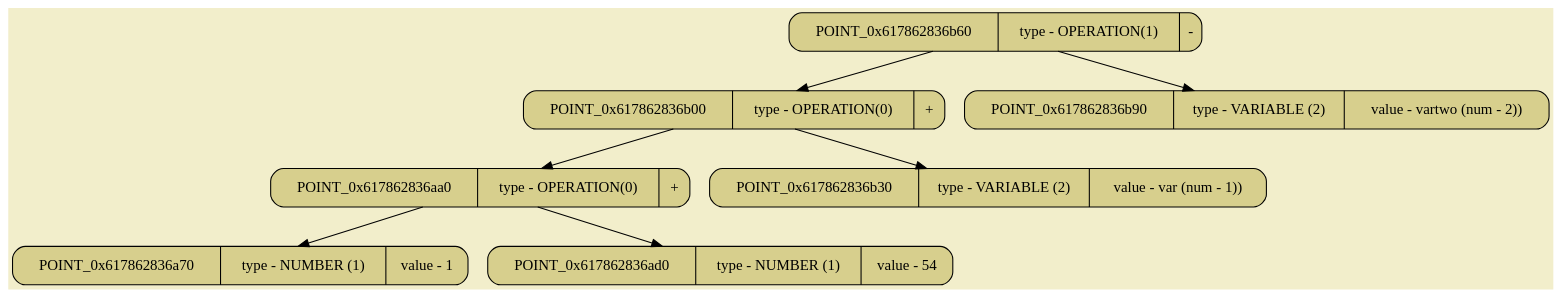
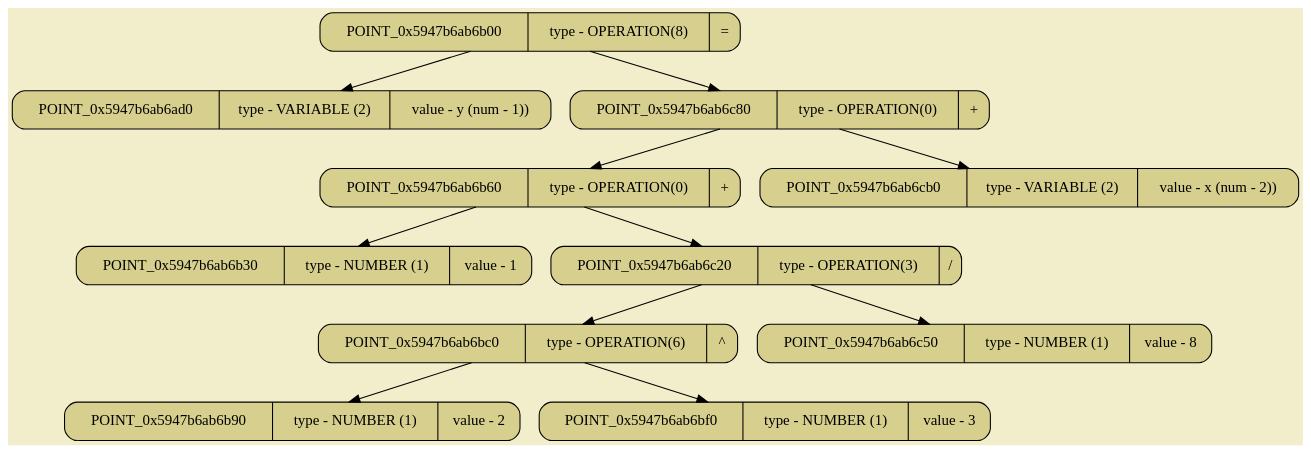
Before and after one commit to SashaKhaytina/Language: the diagram in all_dumps/pictures/image01.dot, drawn with Graphviz. The commit also changed 18 other files, not shown here.

```diff
--- a/all_dumps/pictures/image01.dot
+++ b/all_dumps/pictures/image01.dot
@@ -1,18 +1,26 @@
 digraph
 {
 bgcolor="#F2EECB";
 rankdir = TB;
-POINT_0x617862836b60[shape=Mrecord, label = "POINT_0x617862836b60 | type - OPERATION(1) | -", style="filled",fillcolor="#D7CF8D"]
-POINT_0x617862836b00[shape=Mrecord, label = "POINT_0x617862836b00 | type - OPERATION(0) | +", style="filled",fillcolor="#D7CF8D"]
-POINT_0x617862836aa0[shape=Mrecord, label = "POINT_0x617862836aa0 | type - OPERATION(0) | +", style="filled",fillcolor="#D7CF8D"]
-POINT_0x617862836a70[shape=Mrecord, label = "POINT_0x617862836a70 | type - NUMBER (1) | value - 1", style="filled",fillcolor="#D7CF8D"]
-POINT_0x617862836ad0[shape=Mrecord, label = "POINT_0x617862836ad0 | type - NUMBER (1) | value - 54", style="filled",fillcolor="#D7CF8D"]
-POINT_0x617862836b30[shape=Mrecord, label = "POINT_0x617862836b30 | type - VARIABLE (2) | value - var (num - 1))", style="filled",fillcolor="#D7CF8D"]
-POINT_0x617862836b90[shape=Mrecord, label = "POINT_0x617862836b90 | type - VARIABLE (2) | value - vartwo (num - 2))", style="filled",fillcolor="#D7CF8D"]
-POINT_0x617862836b60 -> POINT_0x617862836b00
-POINT_0x617862836b60 -> POINT_0x617862836b90
-POINT_0x617862836b00 -> POINT_0x617862836aa0
-POINT_0x617862836b00 -> POINT_0x617862836b30
-POINT_0x617862836aa0 -> POINT_0x617862836a70
-POINT_0x617862836aa0 -> POINT_0x617862836ad0
+POINT_0x5947b6ab6b00[shape=Mrecord, label = "POINT_0x5947b6ab6b00 | type - OPERATION(8) | =", style="filled",fillcolor="#D7CF8D"]
+POINT_0x5947b6ab6ad0[shape=Mrecord, label = "POINT_0x5947b6ab6ad0 | type - VARIABLE (2) | value - y (num - 1))", style="filled",fillcolor="#D7CF8D"]
+POINT_0x5947b6ab6c80[shape=Mrecord, label = "POINT_0x5947b6ab6c80 | type - OPERATION(0) | +", style="filled",fillcolor="#D7CF8D"]
+POINT_0x5947b6ab6b60[shape=Mrecord, label = "POINT_0x5947b6ab6b60 | type - OPERATION(0) | +", style="filled",fillcolor="#D7CF8D"]
+POINT_0x5947b6ab6b30[shape=Mrecord, label = "POINT_0x5947b6ab6b30 | type - NUMBER (1) | value - 1", style="filled",fillcolor="#D7CF8D"]
+POINT_0x5947b6ab6c20[shape=Mrecord, label = "POINT_0x5947b6ab6c20 | type - OPERATION(3) | /", style="filled",fillcolor="#D7CF8D"]
+POINT_0x5947b6ab6bc0[shape=Mrecord, label = "POINT_0x5947b6ab6bc0 | type - OPERATION(6) | ^", style="filled",fillcolor="#D7CF8D"]
+POINT_0x5947b6ab6b90[shape=Mrecord, label = "POINT_0x5947b6ab6b90 | type - NUMBER (1) | value - 2", style="filled",fillcolor="#D7CF8D"]
+POINT_0x5947b6ab6bf0[shape=Mrecord, label = "POINT_0x5947b6ab6bf0 | type - NUMBER (1) | value - 3", style="filled",fillcolor="#D7CF8D"]
+POINT_0x5947b6ab6c50[shape=Mrecord, label = "POINT_0x5947b6ab6c50 | type - NUMBER (1) | value - 8", style="filled",fillcolor="#D7CF8D"]
+POINT_0x5947b6ab6cb0[shape=Mrecord, label = "POINT_0x5947b6ab6cb0 | type - VARIABLE (2) | value - x (num - 2))", style="filled",fillcolor="#D7CF8D"]
+POINT_0x5947b6ab6b00 -> POINT_0x5947b6ab6ad0
+POINT_0x5947b6ab6b00 -> POINT_0x5947b6ab6c80
+POINT_0x5947b6ab6c80 -> POINT_0x5947b6ab6b60
+POINT_0x5947b6ab6c80 -> POINT_0x5947b6ab6cb0
+POINT_0x5947b6ab6b60 -> POINT_0x5947b6ab6b30
+POINT_0x5947b6ab6b60 -> POINT_0x5947b6ab6c20
+POINT_0x5947b6ab6c20 -> POINT_0x5947b6ab6bc0
+POINT_0x5947b6ab6c20 -> POINT_0x5947b6ab6c50
+POINT_0x5947b6ab6bc0 -> POINT_0x5947b6ab6b90
+POINT_0x5947b6ab6bc0 -> POINT_0x5947b6ab6bf0
 }
```
